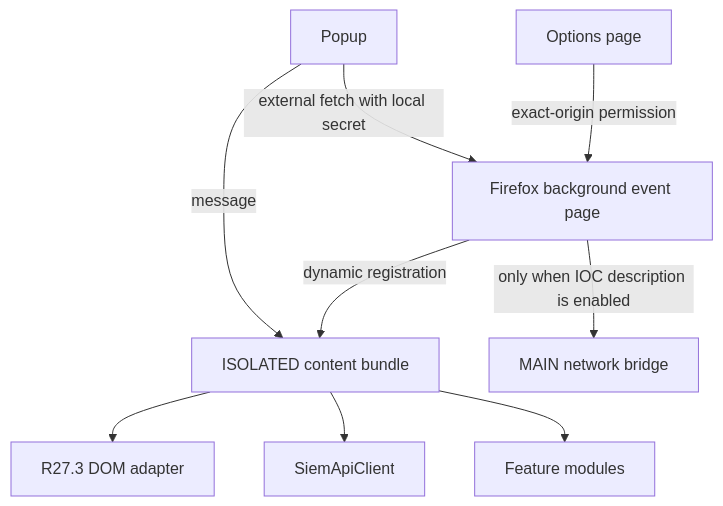
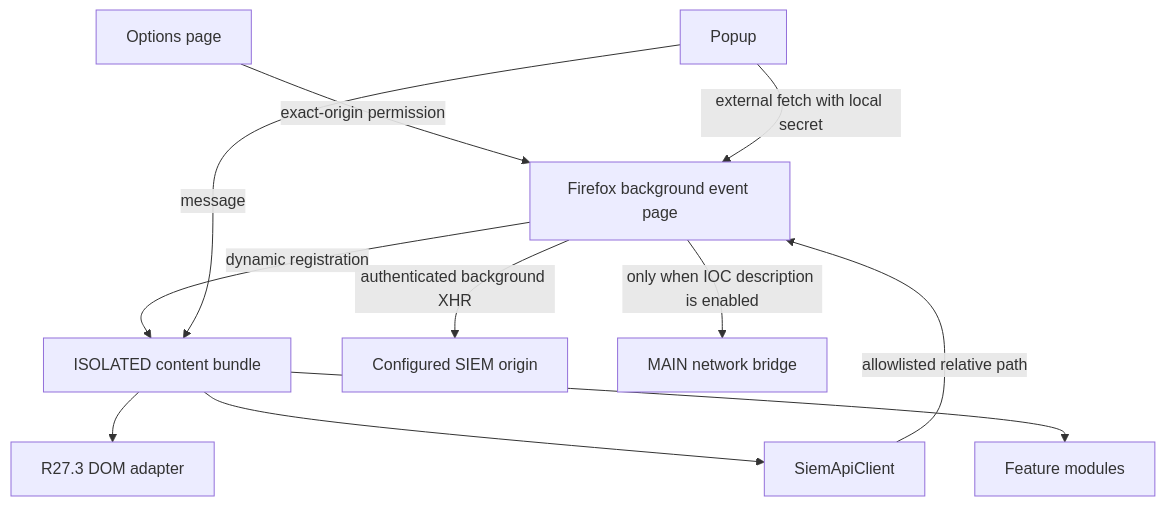
Before and after one commit to ISAIandCO/ApePatrol: the diagram in docs/CURRENT_ARCHITECTURE.md, drawn with Mermaid. The commit also changed other lines of this file and 14 other files, not shown here.

Commit message:
fix: move SIEM searches to background transport

````diff
--- a/docs/CURRENT_ARCHITECTURE.md
+++ b/docs/CURRENT_ARCHITECTURE.md
@@ -16,11 +16,13 @@
 ```mermaid
 flowchart TD
   O["Options page"] -->|"exact-origin permission"| B["Firefox background event page"]
   B -->|"dynamic registration"| C["ISOLATED content bundle"]
   C --> D["R27.3 DOM adapter"]
   C --> A["SiemApiClient"]
+  A -->|"allowlisted relative path"| B
+  B -->|"authenticated background XHR"| S["Configured SIEM origin"]
   C --> F["Feature modules"]
   B -->|"only when IOC description is enabled"| M["MAIN network bridge"]
   P["Popup"] -->|"message"| C
   P -->|"external fetch with local secret"| B
 ```
````
